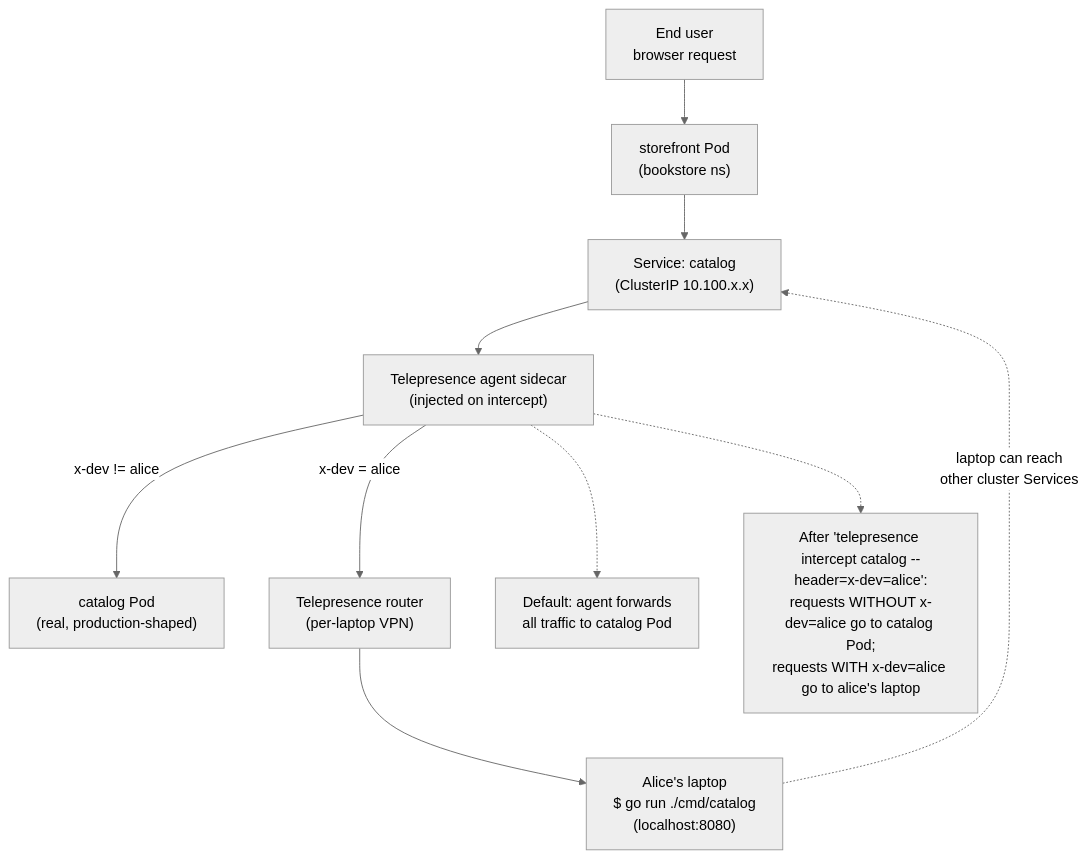
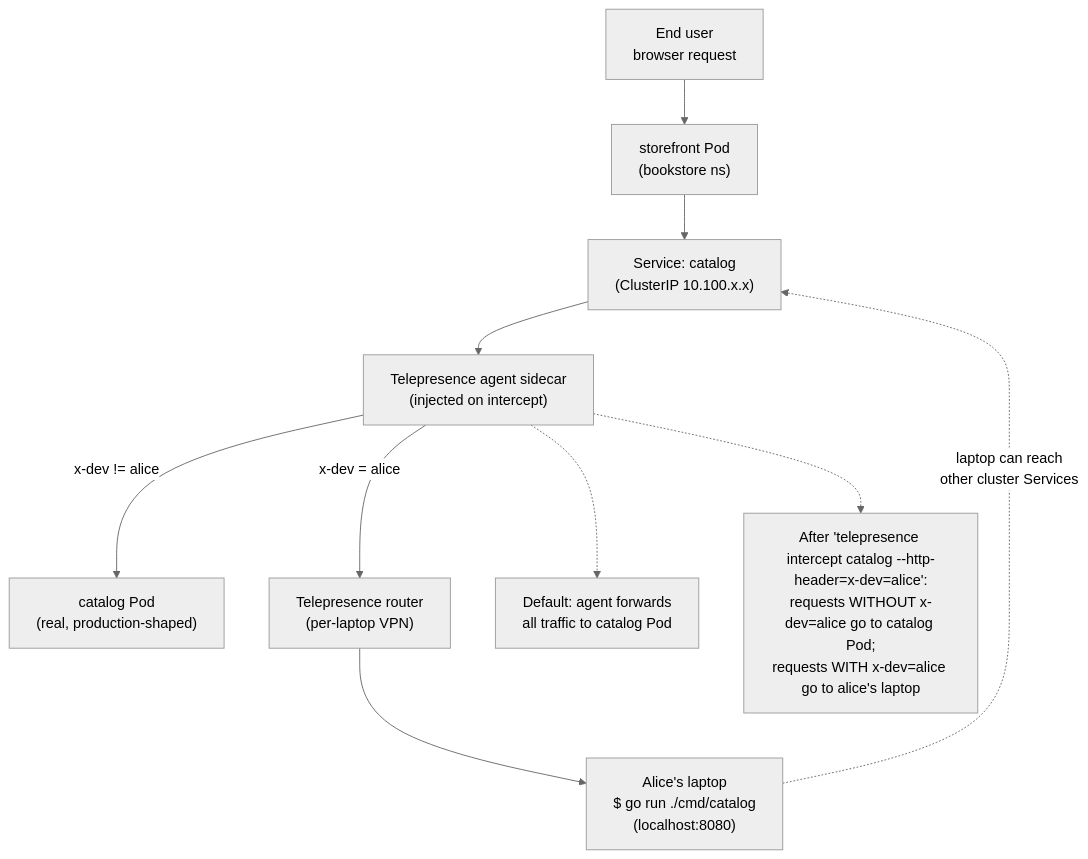
The diagram in full-guide/14-eks-in-production-a-to-z/16-developer-experience-for-k8s-teams.md (abd-ulbasit/bookstore-kubernetes-guide), drawn with Mermaid (neutral theme) before and after one commit. The commit also changed other lines of this file and 8 other files, not shown here.

````diff
--- a/full-guide/14-eks-in-production-a-to-z/16-developer-experience-for-k8s-teams.md
+++ b/full-guide/14-eks-in-production-a-to-z/16-developer-experience-for-k8s-teams.md
@@ -256,23 +258,23 @@
 ```mermaid
 flowchart TB
     user["End user<br/>browser request"]
     storefront["storefront Pod<br/>(bookstore ns)"]
     catalog_svc["Service: catalog<br/>(ClusterIP 10.100.x.x)"]
     agent["Telepresence agent sidecar<br/>(injected on intercept)"]
     catalog_pod["catalog Pod<br/>(real, production-shaped)"]
     laptop["Alice's laptop<br/>$ go run ./cmd/catalog<br/>(localhost:8080)"]
     tp_router["Telepresence router<br/>(per-laptop VPN)"]
 
     user --> storefront --> catalog_svc --> agent
 
     note1["Default: agent forwards<br/>all traffic to catalog Pod"]
-    note2["After 'telepresence intercept catalog --header=x-dev=alice':<br/>requests WITHOUT x-dev=alice go to catalog Pod;<br/>requests WITH x-dev=alice go to alice's laptop"]
+    note2["After 'telepresence intercept catalog --http-header=x-dev=alice':<br/>requests WITHOUT x-dev=alice go to catalog Pod;<br/>requests WITH x-dev=alice go to alice's laptop"]
 
     agent -->|"x-dev != alice"| catalog_pod
     agent -->|"x-dev = alice"| tp_router --> laptop
 
     laptop -.->|"laptop can reach<br/>other cluster Services"| catalog_svc
 
     agent -.-> note1
     agent -.-> note2
 ```
````
